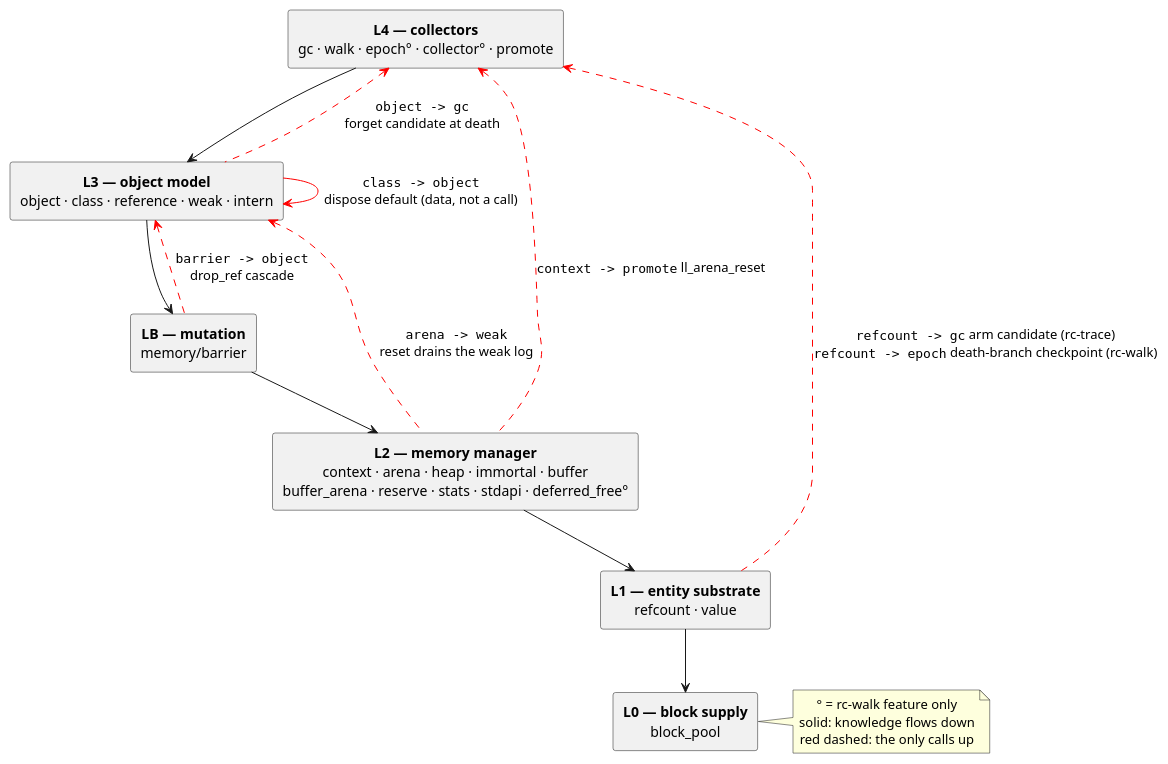
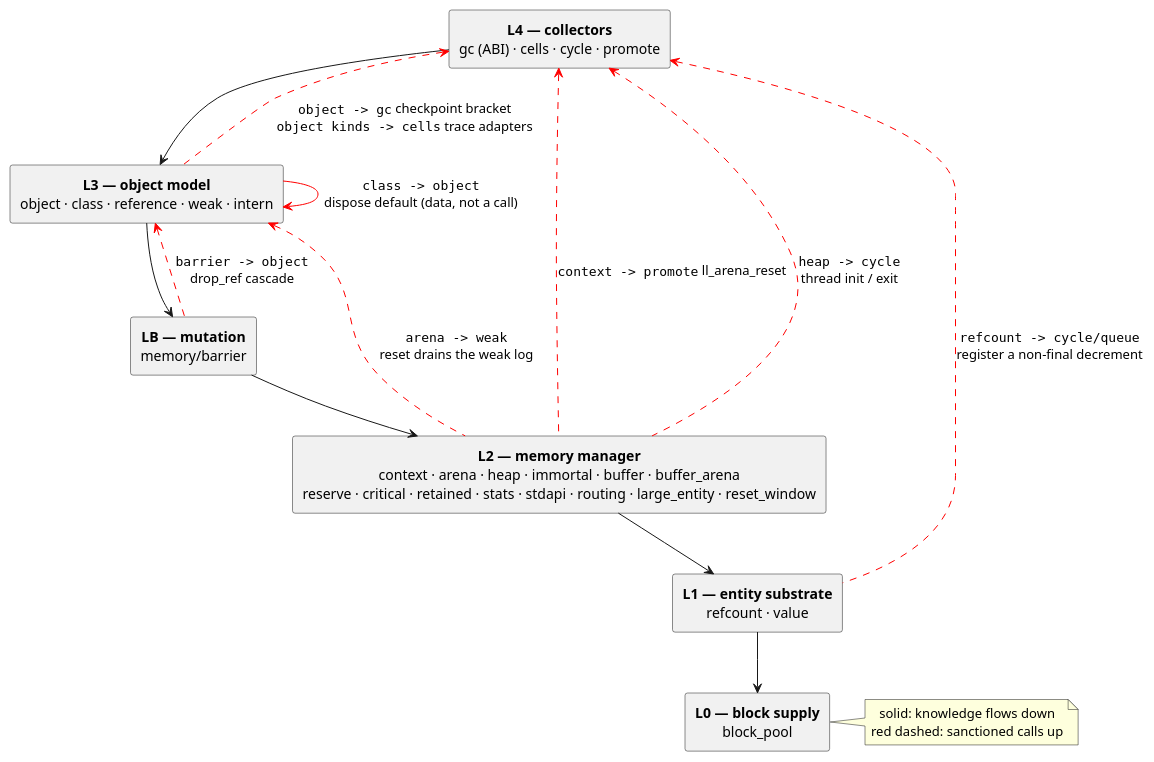
Before and after one commit to limelight-lang/model: the first of 7 diagrams in docs/architecture.md, drawn with PlantUML. The commit also changed other lines of this file and 3 other files, not shown here.

First line of the commit message:
docs: redraw the built cycle collector

````diff
--- a/docs/architecture.md
+++ b/docs/architecture.md
@@ -39,32 +27,32 @@
 ```plantuml
 @startuml
 skinparam shadowing false
 skinparam defaultTextAlignment center
 
-rectangle "**L4 — collectors**\ngc · walk · epoch° · collector° · promote" as L4
+rectangle "**L4 — collectors**\ngc (ABI) · cells · cycle · promote" as L4
 rectangle "**L3 — object model**\nobject · class · reference · weak · intern" as L3
 rectangle "**LB — mutation**\nmemory/barrier" as LB
-rectangle "**L2 — memory manager**\ncontext · arena · heap · immortal · buffer\nbuffer_arena · reserve · stats · stdapi · deferred_free°" as L2
+rectangle "**L2 — memory manager**\ncontext · arena · heap · immortal · buffer · buffer_arena\nreserve · critical · retained · stats · stdapi · routing · large_entity · reset_window" as L2
 rectangle "**L1 — entity substrate**\nrefcount · value" as L1
 rectangle "**L0 — block supply**\nblock_pool" as L0
 
 L4 -down-> L3
 L3 -down-> LB
 LB -down-> L2
 L2 -down-> L1
 L1 -down-> L0
 
-L1 .up.> L4 #red : ""refcount -> gc"" arm candidate (rc-trace)\n""refcount -> epoch"" death-branch checkpoint (rc-walk)
+L1 .up.> L4 #red : ""refcount -> cycle/queue""\nregister a non-final decrement
 L2 .up.> L4 #red : ""context -> promote"" ll_arena_reset
 L2 .up.> L3 #red : ""arena -> weak""\nreset drains the weak log
+L2 .up.> L4 #red : ""heap -> cycle""\nthread init / exit
 LB .up.> L3 #red : ""barrier -> object""\ndrop_ref cascade
-L3 .up.> L4 #red : ""object -> gc""\nforget candidate at death
+L3 .up.> L4 #red : ""object -> gc"" checkpoint bracket\n""object kinds -> cells"" trace adapters
 L3 -> L3 #red : ""class -> object""\ndispose default (data, not a call)
 
 note right of L0
-  ° = rc-walk feature only
   solid: knowledge flows down
-  red dashed: the only calls up
+  red dashed: sanctioned calls up
 end note
 @enduml
 ```
````
